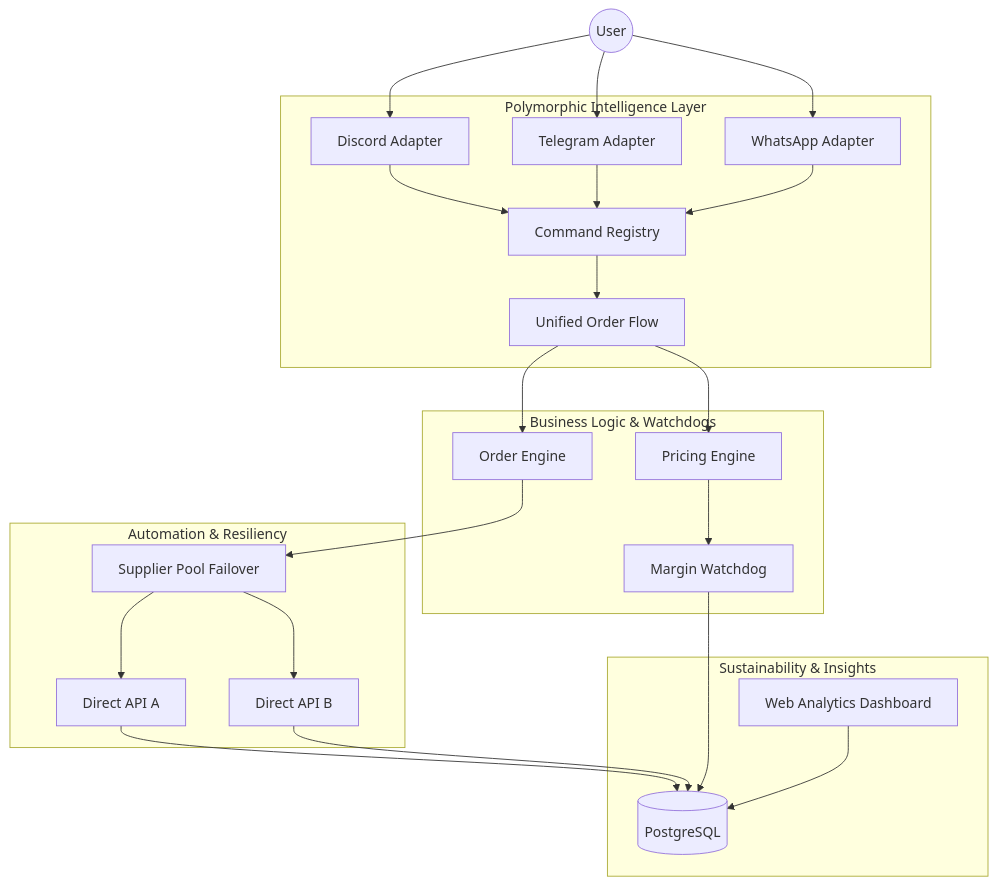
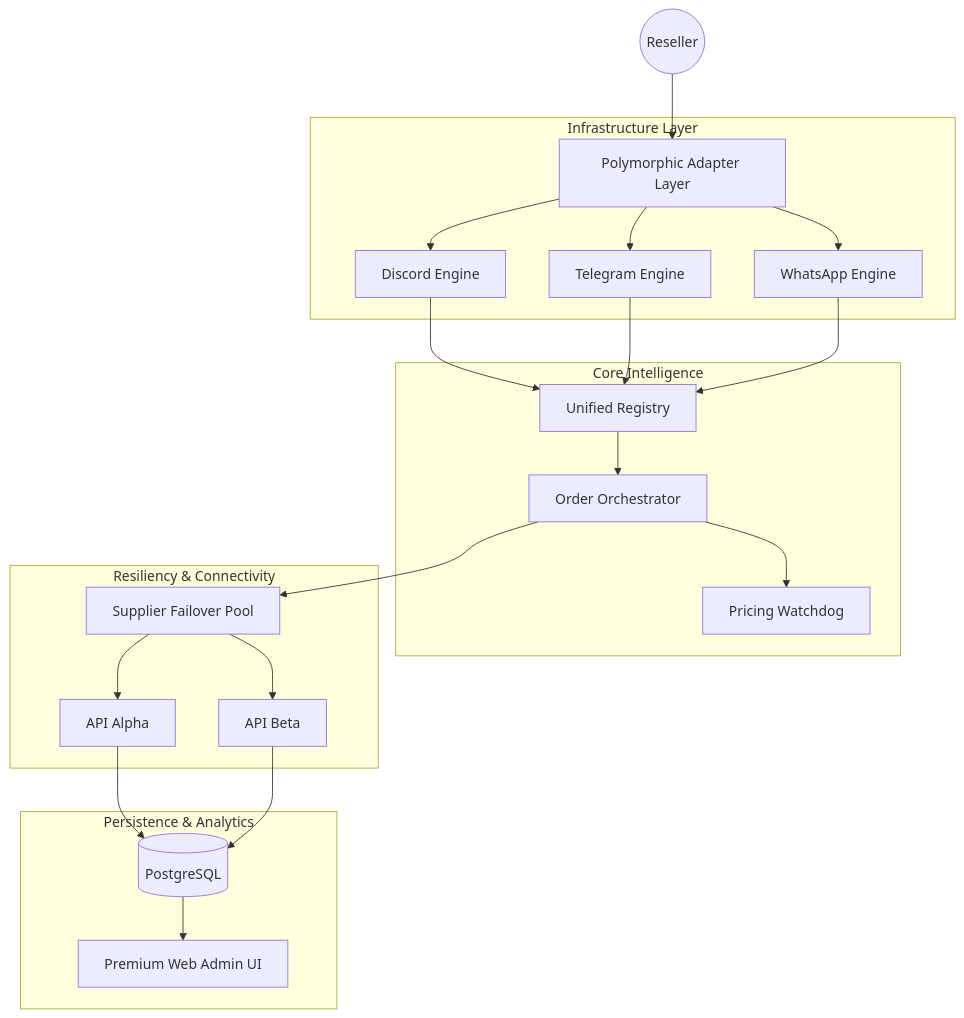
One commit to bryankwandou/NNG-GAME-TOPUP changed the diagram in README.md. Above: the diagram before and after it, drawn with Mermaid. The commit also changed other lines of this file and 1 other file, not shown here.

````diff
--- a/README.md
+++ b/README.md
@@ -40,33 +39,28 @@
 ```mermaid
 graph TD
-    %% User Entry Points
-    User((User)) --> Discord[Discord Adapter]
-    User --> Telegram[Telegram Adapter]
-    User --> WhatsApp[WhatsApp Adapter]
-
-    subgraph "Polymorphic Intelligence Layer"
-        Discord & Telegram & WhatsApp --> CommandRegistry[Command Registry]
-        CommandRegistry --> OrderFlow[Unified Order Flow]
+    %% User Interfaces
+    User((Reseller)) --> AdapterLayer[Polymorphic Adapter Layer]
+    
+    subgraph "Infrastructure Layer"
+        AdapterLayer --> DiscordAdapter[Discord Engine]
+        AdapterLayer --> TelegramAdapter[Telegram Engine]
+        AdapterLayer --> WhatsAppAdapter[WhatsApp Engine]
     end
 
-    subgraph "Business Logic & Watchdogs"
-        OrderFlow --> PricingEngine[Pricing Engine]
-        OrderFlow --> OrderService[Order Engine]
-        PricingEngine --> Watchdog[Margin Watchdog]
+    subgraph "Core Intelligence"
+        DiscordAdapter & TelegramAdapter & WhatsAppAdapter --> CommandRegistry[Unified Registry]
+        CommandRegistry --> OrderFlow[Order Orchestrator]
+        OrderFlow --> PricingEngine[Pricing Watchdog]
     end
 
-    subgraph "Automation & Resiliency"
-        OrderService --> SupplierPool[Supplier Pool Failover]
-        SupplierPool --> SupplierA[Direct API A]
-        SupplierPool --> SupplierB[Direct API B]
+    subgraph "Resiliency & Connectivity"
+        OrderFlow --> SupplierPool[Supplier Failover Pool]
+        SupplierPool --> ProviderA[API Alpha]
+        SupplierPool --> ProviderB[API Beta]
     end
 
-    subgraph "Sustainability & Insights"
-        DB[(PostgreSQL)]
-        Admin[Web Analytics Dashboard]
+    subgraph "Persistence & Analytics"
+        ProviderA & ProviderB --> DB[(PostgreSQL)]
+        DB --> WebAdmin[Premium Web Admin UI]
     end
-
-    SupplierA & SupplierB --> DB
-    Watchdog --> DB
-    Admin --> DB
 ```
````
